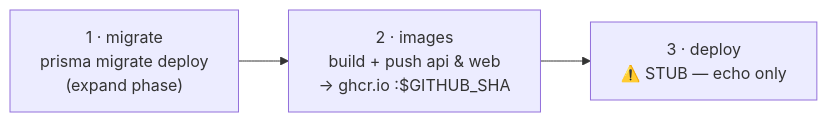
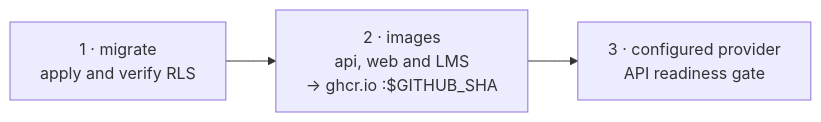
Before and after one commit to EngineerYourFuture/EYF: the third of 5 diagrams in docs/DEPLOYMENT.md, drawn with Mermaid. The commit also changed other lines of this file and 300 other files, not shown here.

````diff
--- a/docs/DEPLOYMENT.md
+++ b/docs/DEPLOYMENT.md
@@ -209,5 +239,5 @@
 ```mermaid
 flowchart LR
-    M["1 · migrate<br/>prisma migrate deploy<br/>(expand phase)"] --> I["2 · images<br/>build + push api & web<br/>→ ghcr.io :$GITHUB_SHA"]
-    I --> D["3 · deploy<br/>⚠️ STUB — echo only"]
+    M["1 · migrate<br/>apply and verify RLS"] --> I["2 · images<br/>api, web and LMS<br/>→ ghcr.io :$GITHUB_SHA"]
+    I --> D["3 · configured provider<br/>API readiness gate"]
 ```
````
